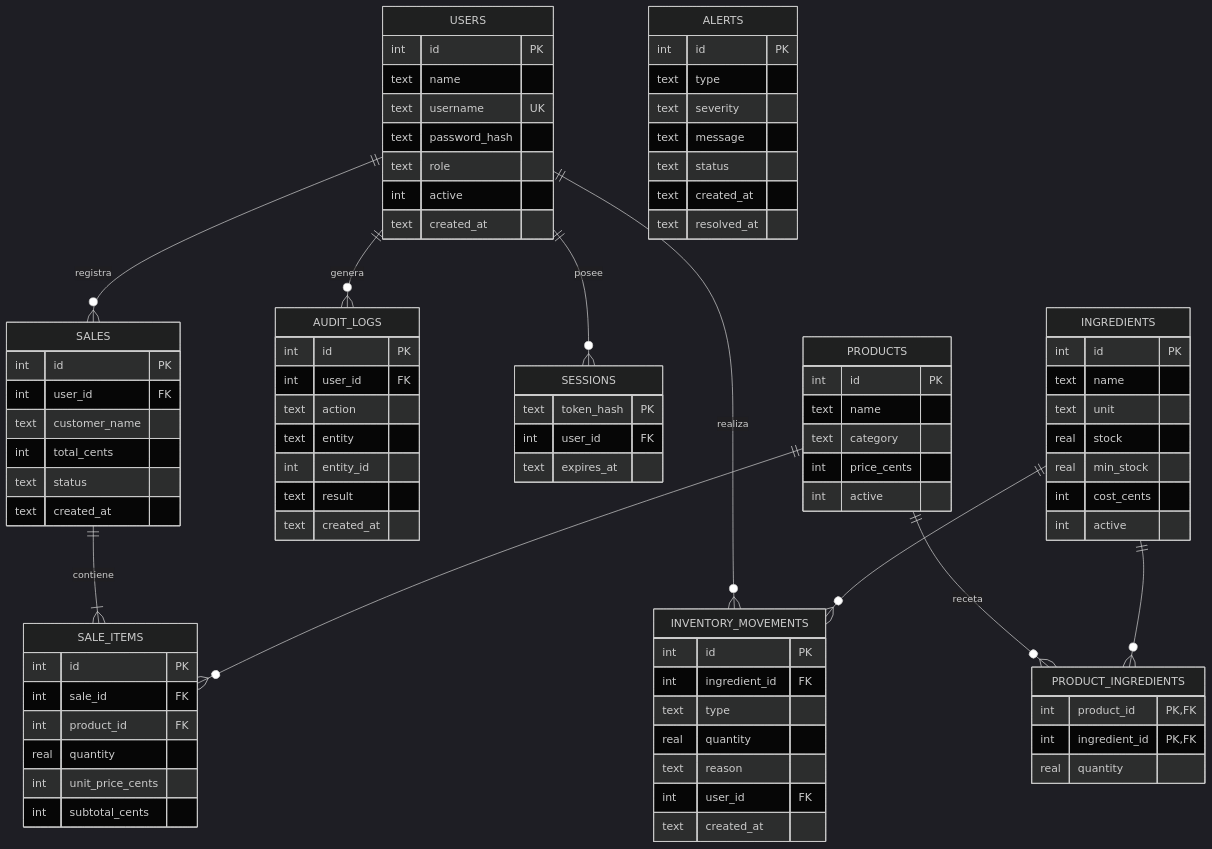
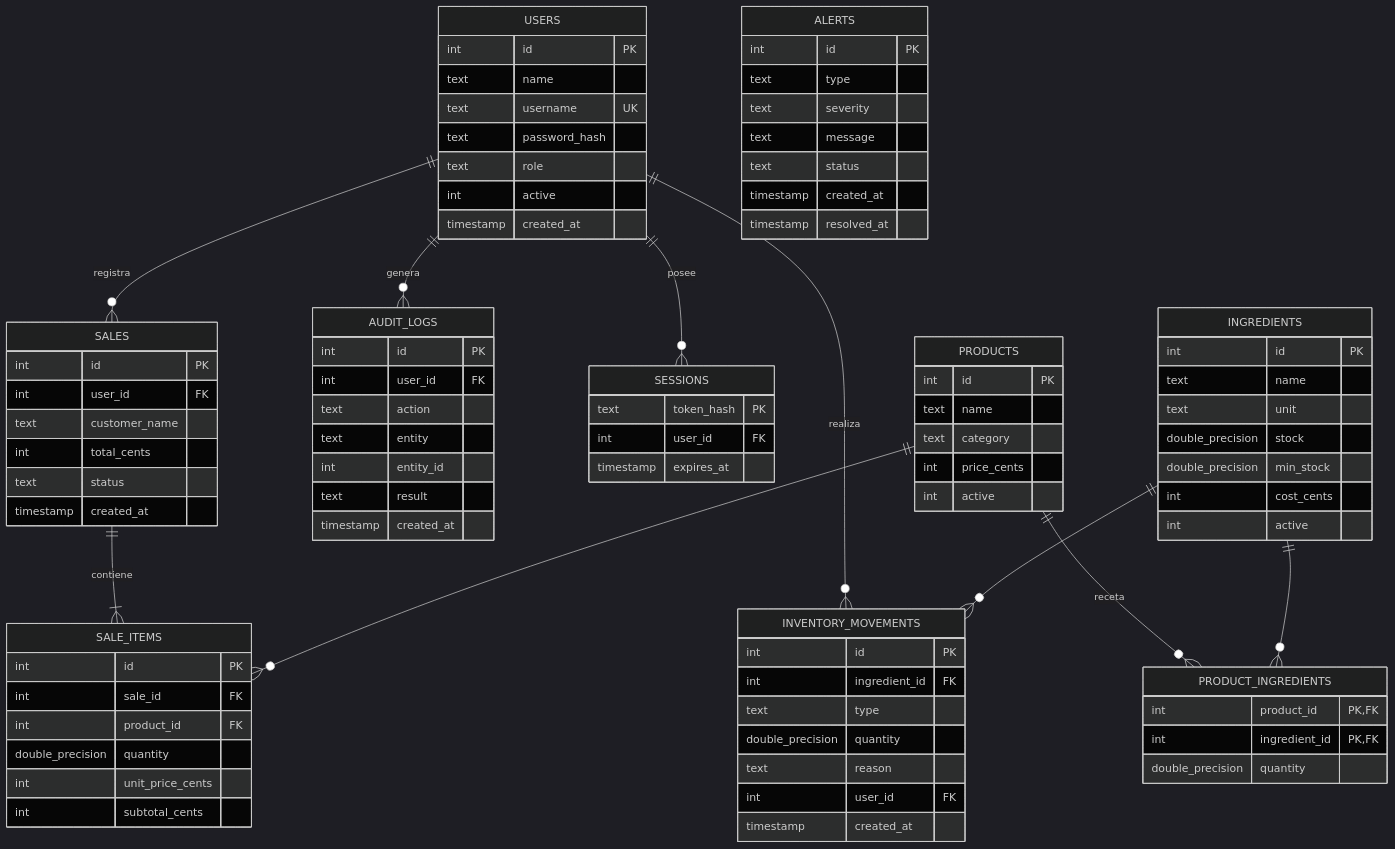
One commit to SProtector04/tdeinfo-proyectounidadI changed the diagram in docs/modelo-de-datos.md. Above: the diagram before and after it, drawn with Mermaid (dark theme). The commit also changed other lines of this file and 39 other files, not shown here.

````diff
--- a/docs/modelo-de-datos.md
+++ b/docs/modelo-de-datos.md
@@ -19,12 +19,12 @@
     text password_hash
     text role
     int active
-    text created_at
+    timestamp created_at
   }
   SESSIONS {
     text token_hash PK
     int user_id FK
-    text expires_at
+    timestamp expires_at
   }
   PRODUCTS {
     int id PK
@@ -37,15 +37,15 @@
     int id PK
     text name
     text unit
-    real stock
-    real min_stock
+    double_precision stock
+    double_precision min_stock
     int cost_cents
     int active
   }
   PRODUCT_INGREDIENTS {
     int product_id PK,FK
     int ingredient_id PK,FK
-    real quantity
+    double_precision quantity
   }
   SALES {
     int id PK
@@ -53,13 +53,13 @@
     text customer_name
     int total_cents
     text status
-    text created_at
+    timestamp created_at
   }
   SALE_ITEMS {
     int id PK
     int sale_id FK
     int product_id FK
-    real quantity
+    double_precision quantity
     int unit_price_cents
     int subtotal_cents
   }
@@ -67,10 +67,10 @@
     int id PK
     int ingredient_id FK
     text type
-    real quantity
+    double_precision quantity
     text reason
     int user_id FK
-    text created_at
+    timestamp created_at
   }
   ALERTS {
     int id PK
@@ -78,8 +78,8 @@
     text severity
     text message
     text status
-    text created_at
-    text resolved_at
+    timestamp created_at
+    timestamp resolved_at
   }
   AUDIT_LOGS {
     int id PK
@@ -88,6 +88,6 @@
     text entity
     int entity_id
     text result
-    text created_at
+    timestamp created_at
   }
 ```
````
